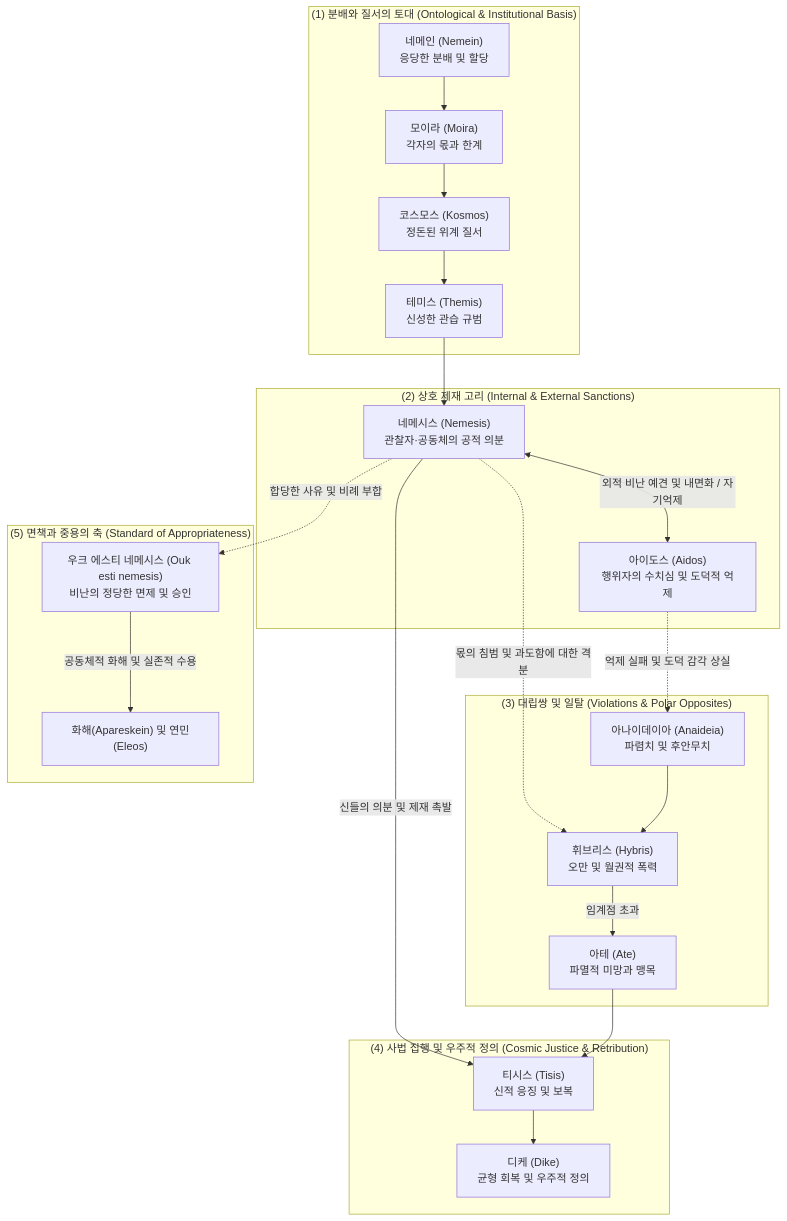
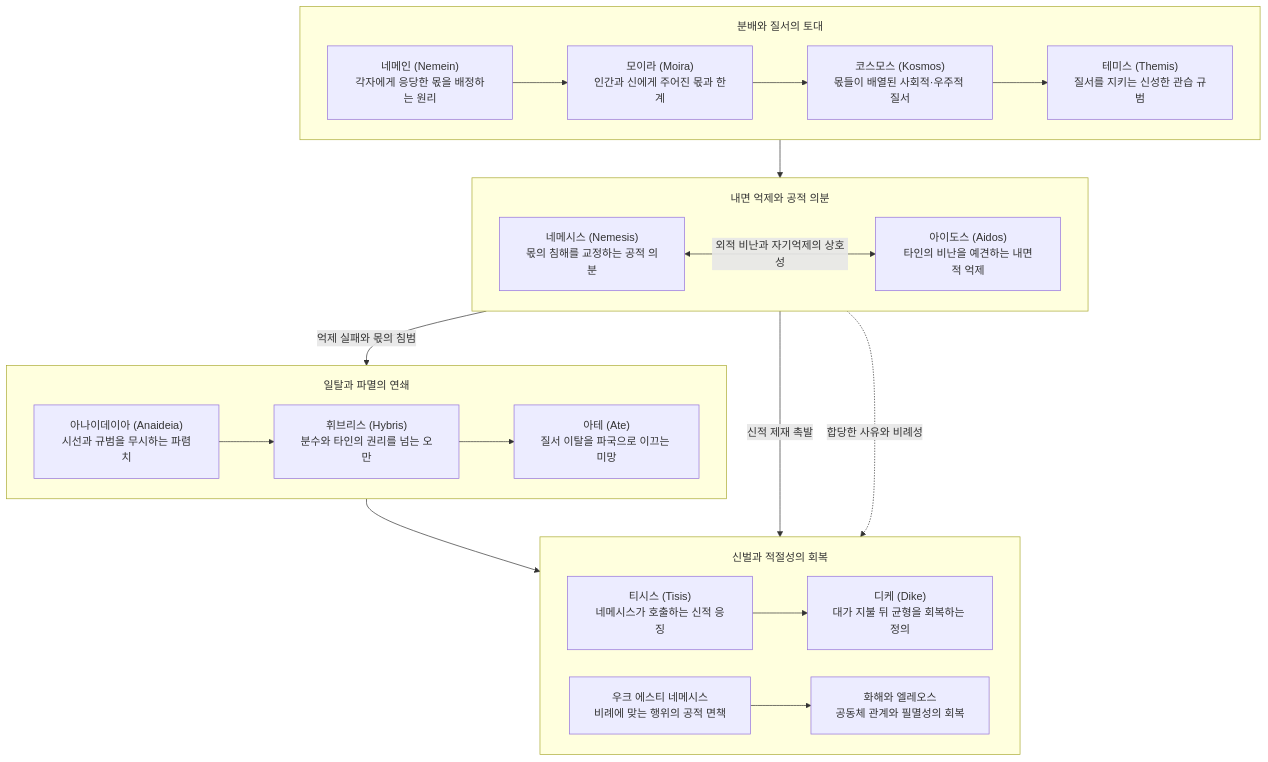
One commit to YgHnSIM/Homer_wiki changed the diagram in wiki/concepts/concept-nemesis.md. Above: the diagram before and after it, drawn with Mermaid. The commit also changed other lines of this file and 9 other files, not shown here.

Commit message:
refactor(concepts): concept Mermaid 신규격 일괄 적용

````diff
--- a/wiki/concepts/concept-nemesis.md
+++ b/wiki/concepts/concept-nemesis.md
@@ -404,31 +404,46 @@
 ```mermaid
+%%{init: {'flowchart': {'useMaxWidth': true, 'nodeSpacing': 40, 'rankSpacing': 56, 'padding': 18, 'subGraphTitleMargin': {'top': 18, 'bottom': 10}}}}%%
 flowchart TD
-    subgraph Foundation ["(1) 분배와 질서의 토대 (Ontological & Institutional Basis)"]
-        NEM["네메인 (Nemein)<br/>응당한 분배 및 할당"] --> MOI["모이라 (Moira)<br/>각자의 몫과 한계"]
-        MOI --> KOS["코스모스 (Kosmos)<br/>정돈된 위계 질서"]
-        KOS --> THE["테미스 (Themis)<br/>신성한 관습 규범"]
+    subgraph Foundation ["분배와 질서의 토대"]
+        direction LR
+        Nemein["네메인 (Nemein)<br/>각자에게 응당한 몫을 배정하는 원리"]
+        Moira["모이라 (Moira)<br/>인간과 신에게 주어진 몫과 한계"]
+        Kosmos["코스모스 (Kosmos)<br/>몫들이 배열된 사회적·우주적 질서"]
+        Themis["테미스 (Themis)<br/>질서를 지키는 신성한 관습 규범"]
+        Nemein --> Moira
+        Moira --> Kosmos
+        Kosmos --> Themis
     end
 
-    subgraph Core_Sanctions ["(2) 상호 제재 고리 (Internal & External Sanctions)"]
-        THE --> NEMESIS["네메시스 (Nemesis)<br/>관찰자·공동체의 공적 의분"]
-        NEMESIS <-->|외적 비난 예견 및 내면화 / 자기억제| AIDOS["아이도스 (Aidos)<br/>행위자의 수치심 및 도덕적 억제"]
+    subgraph Sanction ["내면 억제와 공적 의분"]
+        direction LR
+        Nemesis["네메시스 (Nemesis)<br/>몫의 침해를 교정하는 공적 의분"]:::focus
+        Aidos["아이도스 (Aidos)<br/>타인의 비난을 예견하는 내면적 억제"]
+        Nemesis <-->|"외적 비난과 자기억제의 상호성"| Aidos
     end
 
-    subgraph Polarity ["(3) 대립쌍 및 일탈 (Violations & Polar Opposites)"]
-        AIDOS -.->|억제 실패 및 도덕 감각 상실| ANA["아나이데이아 (Anaideia)<br/>파렴치 및 후안무치"]
-        NEMESIS -.->|몫의 침범 및 과도함에 대한 격분| HYB["휘브리스 (Hybris)<br/>오만 및 월권적 폭력"]
-        ANA --> HYB
-        HYB -->|임계점 초과| ATE["아테 (Ate)<br/>파멸적 미망과 맹목"]
+    subgraph Violation ["일탈과 파멸의 연쇄"]
+        direction LR
+        Anaideia["아나이데이아 (Anaideia)<br/>시선과 규범을 무시하는 파렴치"]:::crisis
+        Hybris["휘브리스 (Hybris)<br/>분수와 타인의 권리를 넘는 오만"]:::crisis
+        Ate["아테 (Ate)<br/>질서 이탈을 파국으로 이끄는 미망"]:::crisis
+        Anaideia --> Hybris
+        Hybris --> Ate
     end
 
-    subgraph Retribution ["(4) 사법 집행 및 우주적 정의 (Cosmic Justice & Retribution)"]
-        NEMESIS -->|신들의 의분 및 제재 촉발| TIS["티시스 (Tisis)<br/>신적 응징 및 보복"]
-        ATE --> TIS
-        TIS --> DIK["디케 (Dike)<br/>균형 회복 및 우주적 정의"]
+    subgraph Restoration ["신벌과 적절성의 회복"]
+        direction LR
+        Tisis["티시스 (Tisis)<br/>네메시스가 호출하는 신적 응징"]:::crisis
+        Dike["디케 (Dike)<br/>대가 지불 뒤 균형을 회복하는 정의"]:::resolve
+        Ouk["우크 에스티 네메시스<br/>비례에 맞는 행위의 공적 면책"]:::resolve
+        Reconcile["화해와 엘레오스<br/>공동체 관계와 필멸성의 회복"]:::resolve
+        Tisis --> Dike
+        Ouk --> Reconcile
     end
 
-    subgraph Exemption ["(5) 면책과 중용의 축 (Standard of Appropriateness)"]
-        NEMESIS -.->|합당한 사유 및 비례 부합| OUK["우크 에스티 네메시스 (Ouk esti nemesis)<br/>비난의 정당한 면제 및 승인"]
-        OUK -->|공동체적 화해 및 실존적 수용| REC["화해(Apareskein) 및 연민(Eleos)"]
-    end
+    Themis --> Nemesis
+    Nemesis -->|"억제 실패와 몫의 침범"| Anaideia
+    Nemesis -->|"신적 제재 촉발"| Tisis
+    Ate --> Tisis
+    Nemesis -.->|"합당한 사유와 비례성"| Ouk
 ```
````
